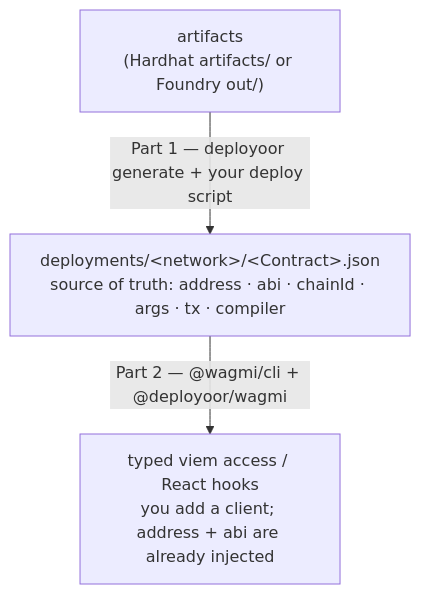
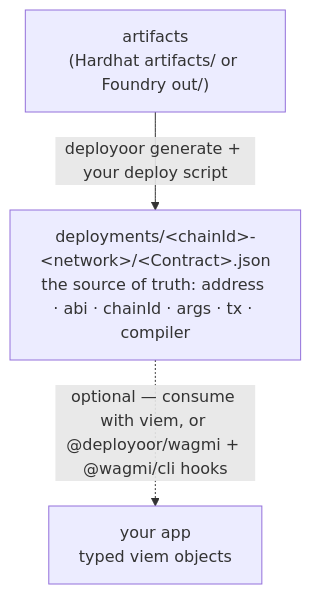
One commit to raycashxyz/deployoor changed the diagram in packages/deployoor/README.md. Above: the diagram before and after it, drawn with Mermaid. The commit also changed other lines of this file and 70 other files, not shown here.

````diff
--- a/packages/deployoor/README.md
+++ b/packages/deployoor/README.md
@@ -34,9 +31,9 @@
 ```mermaid
 flowchart TD
     A["artifacts<br/>(Hardhat artifacts/ or Foundry out/)"]
-    B["deployments/&lt;network&gt;/&lt;Contract&gt;.json<br/>source of truth: address · abi · chainId · args · tx · compiler"]
-    C["typed viem access / React hooks<br/>you add a client; address + abi are already injected"]
+    B["deployments/&lt;chainId&gt;-&lt;network&gt;/&lt;Contract&gt;.json<br/>the source of truth: address · abi · chainId · args · tx · compiler"]
+    C["your app<br/>typed viem objects"]
 
-    A -- "Part 1 — deployoor generate + your deploy script" --> B
-    B -- "Part 2 — @wagmi/cli + @deployoor/wagmi" --> C
+    A -- "deployoor generate + your deploy script" --> B
+    B -. "optional — consume with viem, or @deployoor/wagmi + @wagmi/cli hooks" .-> C
 ```
````
